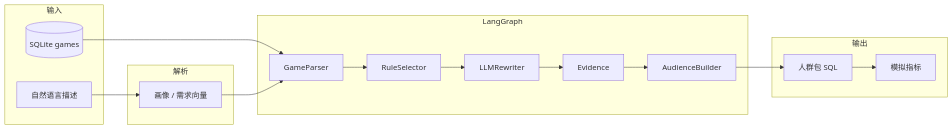
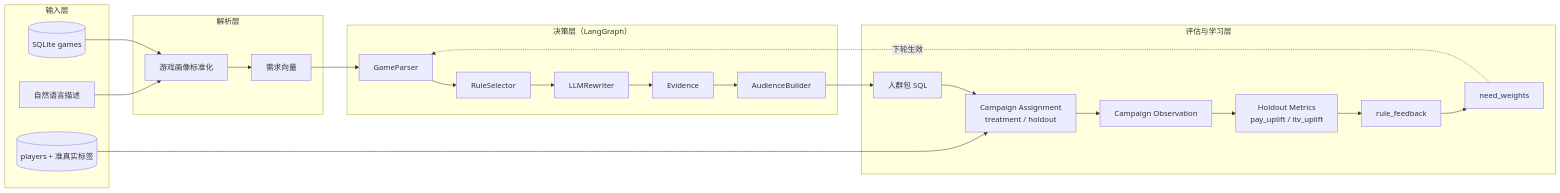
The diagram in README.md (likaidi1994/GameBigR), drawn with Mermaid before and after one commit. The commit also changed other lines of this file, not shown here.

Commit message:
update architecture

````diff
--- a/README.md
+++ b/README.md
@@ -42,25 +42,34 @@
 ```mermaid
 flowchart LR
-  subgraph input [输入]
+  subgraph input [输入层]
     DB[(SQLite games)]
     NL[自然语言描述]
+    PL[(players + 准真实标签)]
   end
-  subgraph parse [解析]
-    GP[画像 / 需求向量]
+  subgraph parse [解析层]
+    GP[游戏画像标准化]
+    NEEDS[需求向量]
   end
-  subgraph agent [LangGraph]
+  subgraph agent [决策层（LangGraph）]
     A1[GameParser]
     A2[RuleSelector]
     A3[LLMRewriter]
     A4[Evidence]
     A5[AudienceBuilder]
   end
-  subgraph out [输出]
+  subgraph eval [评估与学习层]
     SQL[人群包 SQL]
-    MET[模拟指标]
+    ASSIGN[Campaign Assignment<br/>treatment / holdout]
+    OBS[Campaign Observation]
+    H[Holdout Metrics<br/>pay_uplift / ltv_uplift]
+    FB[rule_feedback]
+    W[need_weights]
   end
-  DB --> A1
+  DB --> GP
   NL --> GP
-  GP --> A1
-  A1 --> A2 --> A3 --> A4 --> A5 --> SQL --> MET
+  GP --> NEEDS --> A1
+  A1 --> A2 --> A3 --> A4 --> A5 --> SQL
+  SQL --> ASSIGN
+  PL --> ASSIGN --> OBS --> H --> FB --> W
+  W -. 下轮生效 .-> A1
 ```
````
